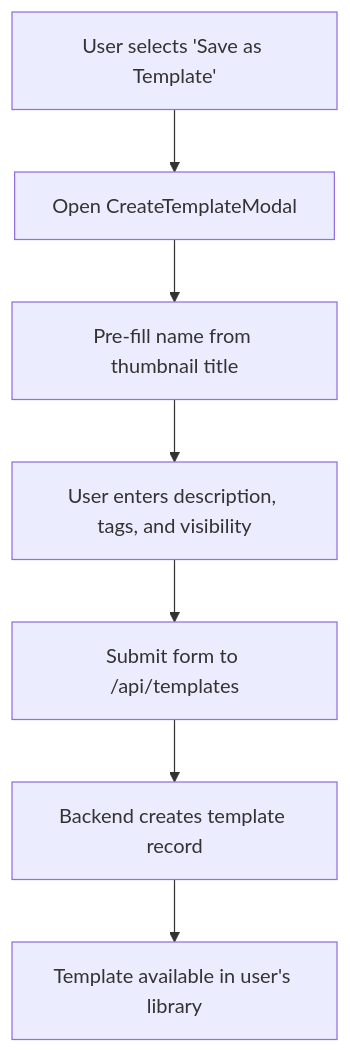
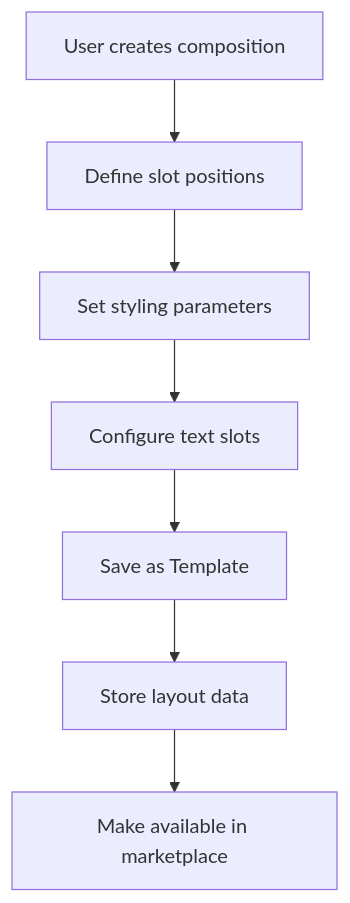
One commit to Brimstow/ThumPiks changed the second of 5 diagrams in .qoder/repowiki/en/content/Template Marketplace/Template Marketplace.md. Above: the diagram before and after it, drawn with Mermaid. The commit also changed other lines of this file and 900 other files, not shown here.

````diff
--- a/.qoder/repowiki/en/content/Template Marketplace/Template Marketplace.md
+++ b/.qoder/repowiki/en/content/Template Marketplace/Template Marketplace.md
@@ -30,9 +71,9 @@
 ```mermaid
 flowchart TD
-A["User selects 'Save as Template'"] --> B["Open CreateTemplateModal"]
-B --> C["Pre-fill name from thumbnail title"]
-C --> D["User enters description, tags, and visibility"]
-D --> E["Submit form to /api/templates"]
-E --> F["Backend creates template record"]
-F --> G["Template available in user's library"]
+A["User creates composition"] --> B["Define slot positions"]
+B --> C["Set styling parameters"]
+C --> D["Configure text slots"]
+D --> E["Save as Template"]
+E --> F["Store layout data"]
+F --> G["Make available in marketplace"]
 ```
````
